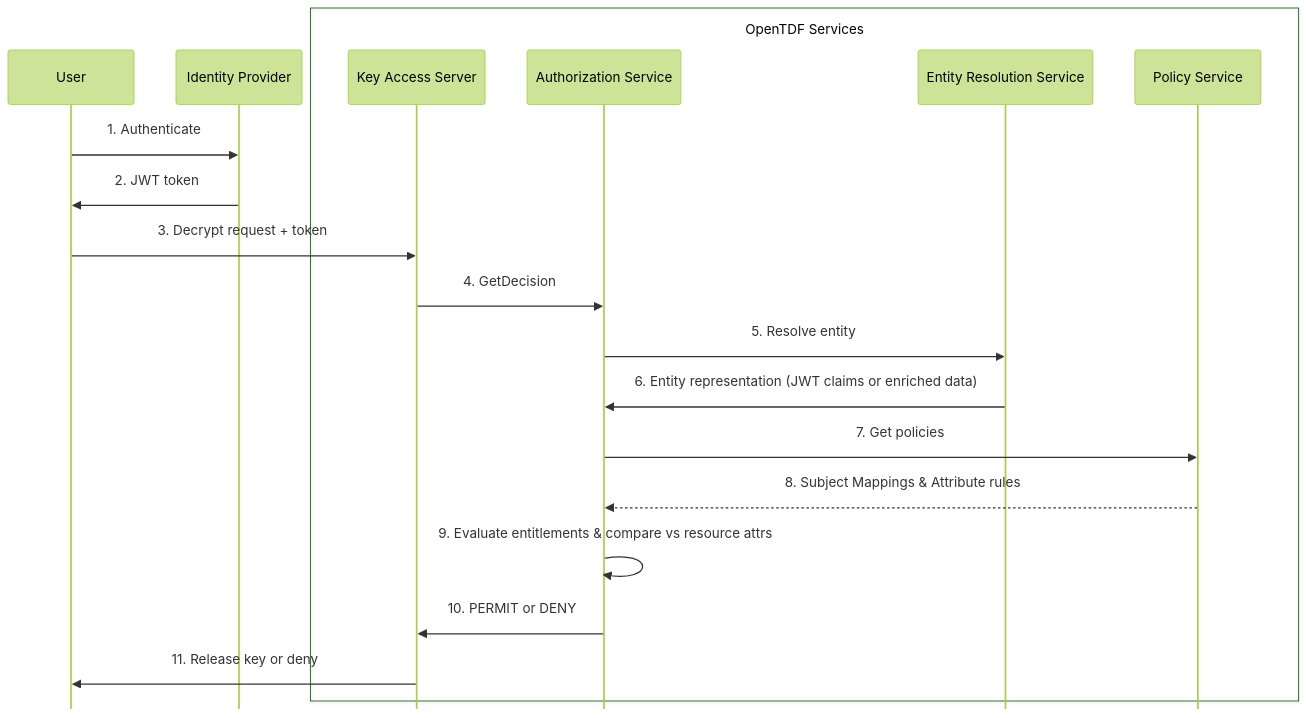
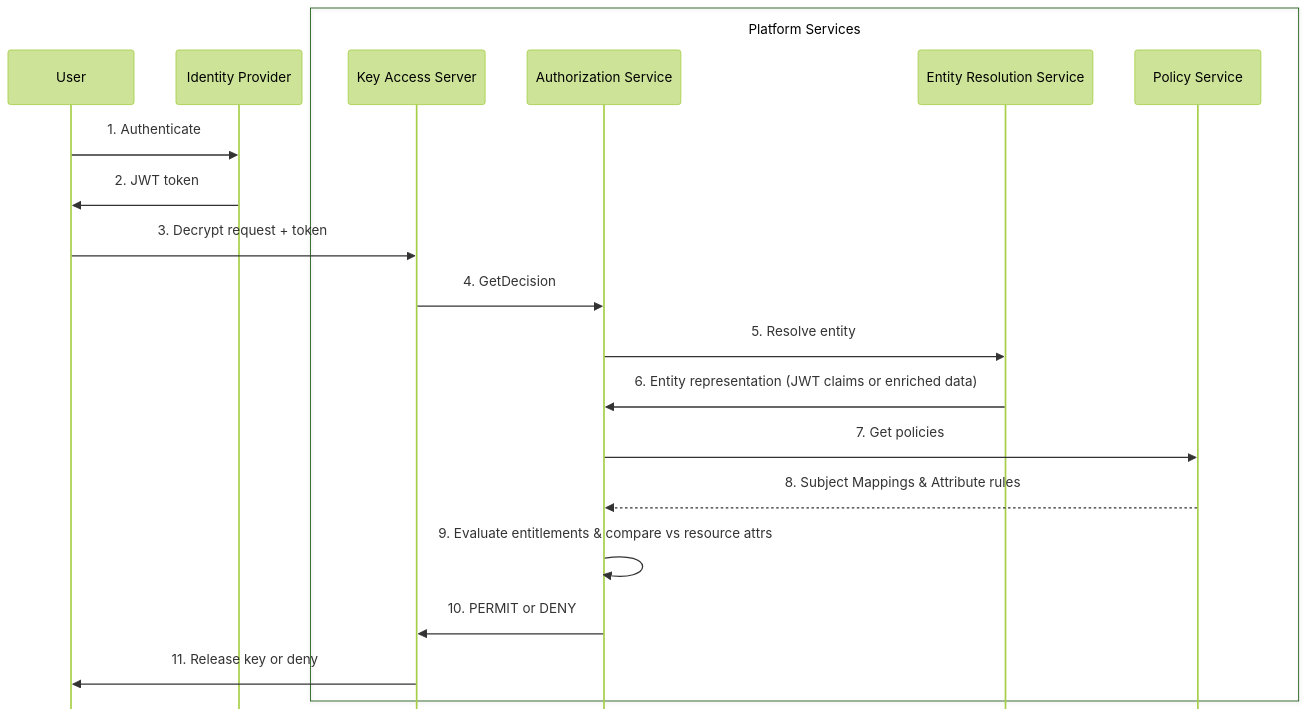
One commit to opentdf/docs changed the diagram in docs/guides/subject-mapping-guide.md. Above: the diagram before and after it, drawn with Mermaid (forest theme). The commit also changed other lines of this file and 3 other files, not shown here.

````diff
--- a/docs/guides/subject-mapping-guide.md
+++ b/docs/guides/subject-mapping-guide.md
@@ -39,28 +39,28 @@
 ```mermaid
 %%{init: {'sequence': {'boxMargin': 20, 'mirrorActors': false}}}%%
 sequenceDiagram
     participant User
     participant IdP as Identity Provider
-    box OpenTDF Services
+    box Platform Services
         participant KAS as Key Access Server
         participant Auth as Authorization Service
         participant ERS as Entity Resolution Service
         participant Policy as Policy Service
     end
 
     User->>IdP: 1. Authenticate
     IdP->>User: 2. JWT token
 
     User->>KAS: 3. Decrypt request + token
     KAS->>Auth: 4. GetDecision
 
     Auth->>ERS: 5. Resolve entity
     ERS->>Auth: 6. Entity representation (JWT claims or enriched data)
 
     Auth->>Policy: 7. Get policies
     Policy-->>Auth: 8. Subject Mappings & Attribute rules
 
     Auth->>Auth: 9. Evaluate entitlements & compare vs resource attrs
     Auth->>KAS: 10. PERMIT or DENY
     KAS->>User: 11. Release key or deny
 ```
````
